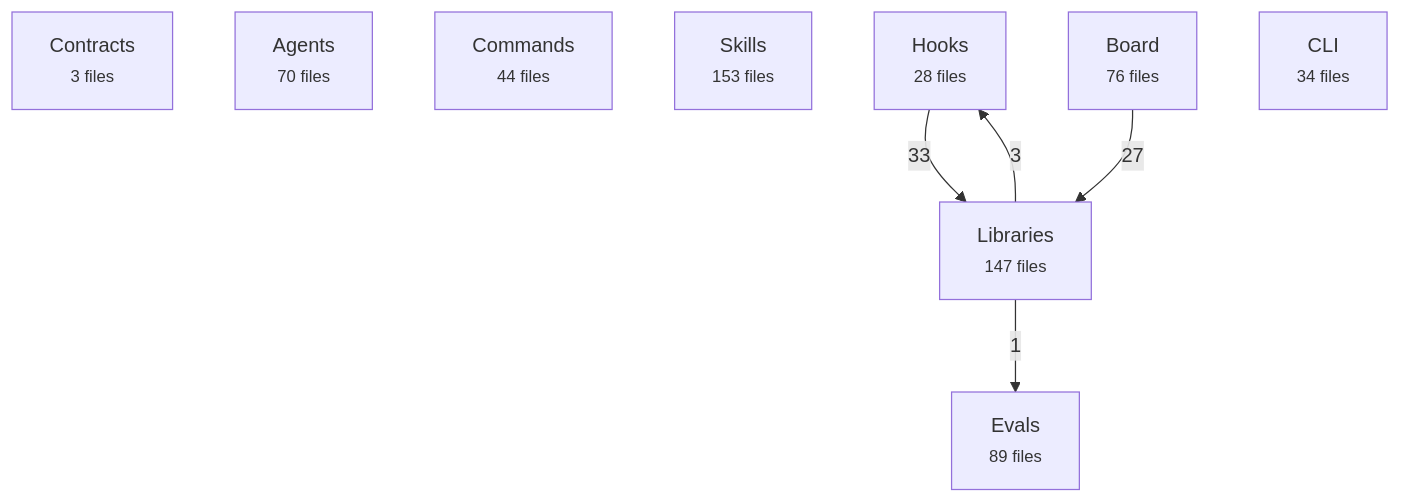
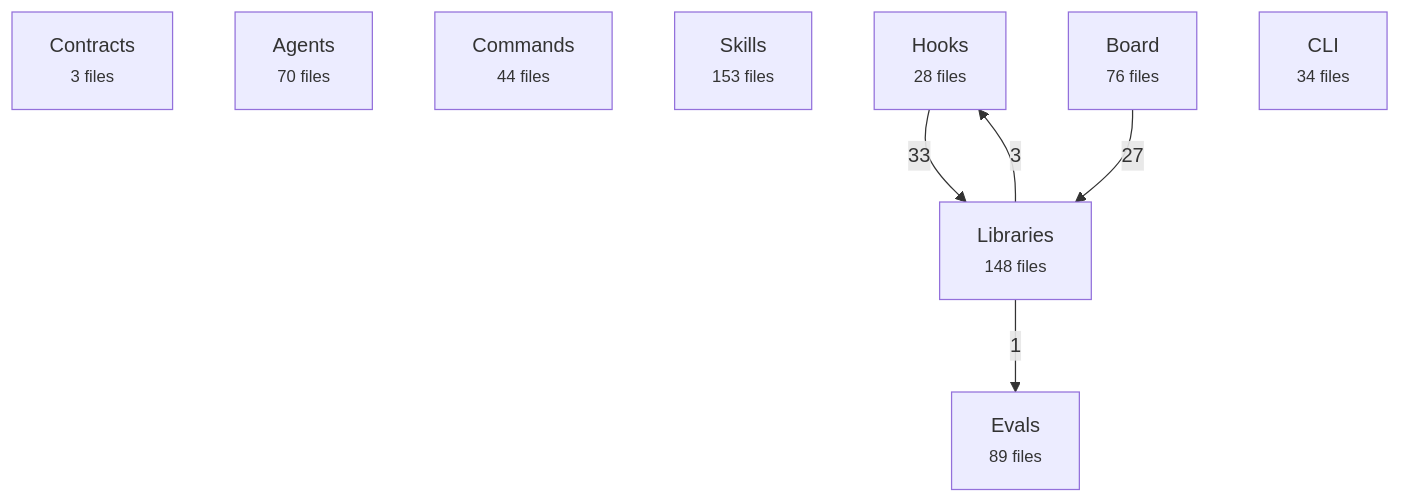
Before and after one commit to avelikiy/great_cto: the first of 2 diagrams in docs/reference/architecture-map.md, drawn with Mermaid. The commit also changed other lines of this file and 8 other files, not shown here.

````diff
--- a/docs/reference/architecture-map.md
+++ b/docs/reference/architecture-map.md
@@ -20,16 +20,16 @@
 ```mermaid
 flowchart TD
   contracts["Contracts<br/><small>3 files</small>"]
   agents["Agents<br/><small>70 files</small>"]
   commands["Commands<br/><small>44 files</small>"]
   skills["Skills<br/><small>153 files</small>"]
   hooks["Hooks<br/><small>28 files</small>"]
-  libs["Libraries<br/><small>147 files</small>"]
+  libs["Libraries<br/><small>148 files</small>"]
   board["Board<br/><small>76 files</small>"]
   cli["CLI<br/><small>34 files</small>"]
   evals["Evals<br/><small>89 files</small>"]
   hooks -->|33| libs
   board -->|27| libs
   libs -->|3| hooks
   libs -->|1| evals
 ```
````
